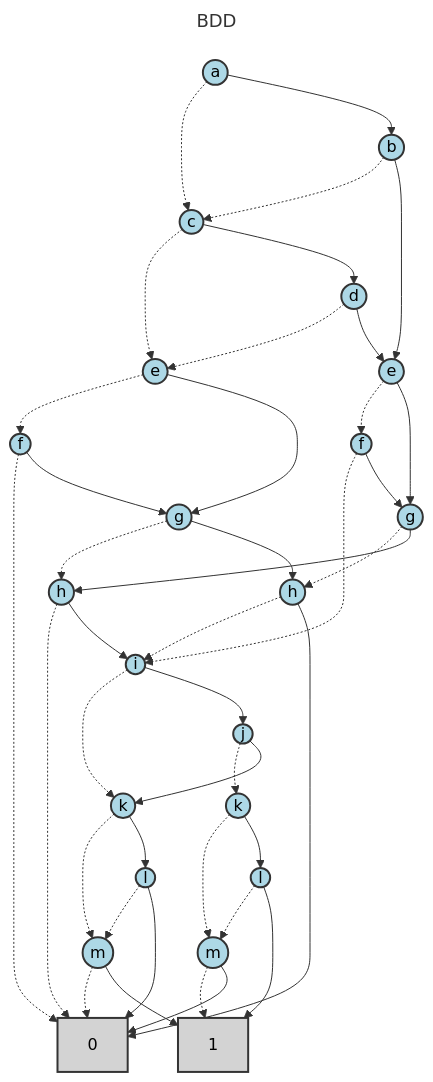
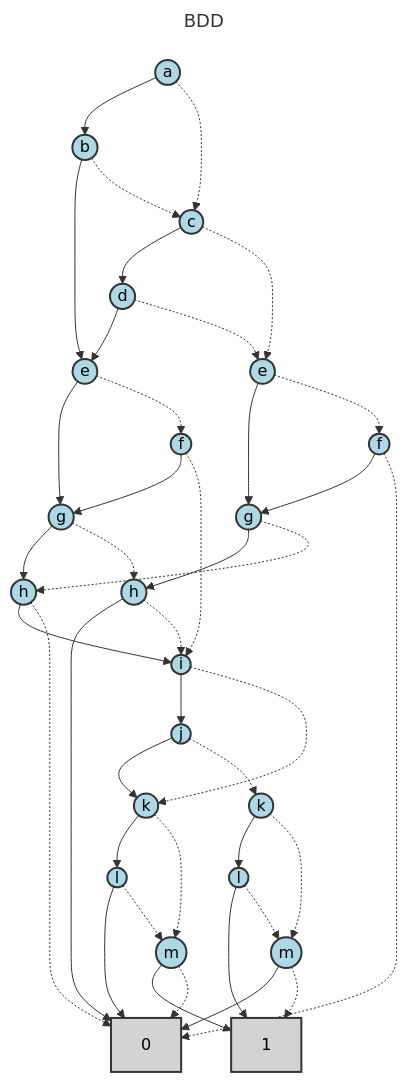
The second of 2 diagrams in test_expressions/reference_output/deeply_nested_analysis.md (Alan-Jowett/bdd_test), drawn with Mermaid before and after one commit. The commit also changed other lines of this file and 150 other files, not shown here.

First line of the commit message:
More dag graph cleanup (#65)

```diff
--- a/test_expressions/reference_output/deeply_nested_analysis.md
+++ b/test_expressions/reference_output/deeply_nested_analysis.md
@@ -115,15 +115,6 @@
 ---
 flowchart TD
     N0["0"]
-    N1["1"]
-    N2(("m"))
-    N3(("l"))
-    N4(("k"))
-    N5(("m"))
-    N6(("l"))
-    N7(("k"))
-    N8(("j"))
-    N9(("i"))
     N10(("h"))
     N11(("h"))
     N12(("g"))
@@ -134,49 +125,58 @@
     N17(("e"))
     N18(("d"))
     N19(("c"))
+    N1["1"]
+    N2(("m"))
     N20(("b"))
     N21(("a"))
+    N3(("l"))
+    N4(("k"))
+    N5(("m"))
+    N6(("l"))
+    N7(("k"))
+    N8(("j"))
+    N9(("i"))
 
+    N10 --> N9
+    N10 -.-> N0
+    N11 --> N0
+    N11 -.-> N9
+    N12 --> N11
+    N12 -.-> N10
+    N13 --> N12
+    N13 -.-> N0
+    N14 --> N12
+    N14 -.-> N13
+    N15 --> N10
+    N15 -.-> N11
+    N16 --> N15
+    N16 -.-> N9
+    N17 --> N15
+    N17 -.-> N16
+    N18 --> N17
+    N18 -.-> N14
+    N19 --> N18
+    N19 -.-> N14
+    N2 --> N1
     N2 -.-> N0
-    N2 --> N1
+    N20 --> N17
+    N20 -.-> N19
+    N21 --> N20
+    N21 -.-> N19
+    N3 --> N0
     N3 -.-> N2
-    N3 --> N0
+    N4 --> N3
     N4 -.-> N2
-    N4 --> N3
+    N5 --> N0
     N5 -.-> N1
-    N5 --> N0
+    N6 --> N1
     N6 -.-> N5
-    N6 --> N1
+    N7 --> N6
     N7 -.-> N5
-    N7 --> N6
+    N8 --> N4
     N8 -.-> N7
-    N8 --> N4
+    N9 --> N8
     N9 -.-> N4
-    N9 --> N8
-    N10 -.-> N0
-    N10 --> N9
-    N11 -.-> N9
-    N11 --> N0
-    N12 -.-> N10
-    N12 --> N11
-    N13 -.-> N0
-    N13 --> N12
-    N14 -.-> N13
-    N14 --> N12
-    N15 -.-> N11
-    N15 --> N10
-    N16 -.-> N9
-    N16 --> N15
-    N17 -.-> N16
-    N17 --> N15
-    N18 -.-> N14
-    N18 --> N17
-    N19 -.-> N14
-    N19 --> N18
-    N20 -.-> N19
-    N20 --> N17
-    N21 -.-> N19
-    N21 --> N20
 
     class N0 terminal
     class N1 terminal
```
